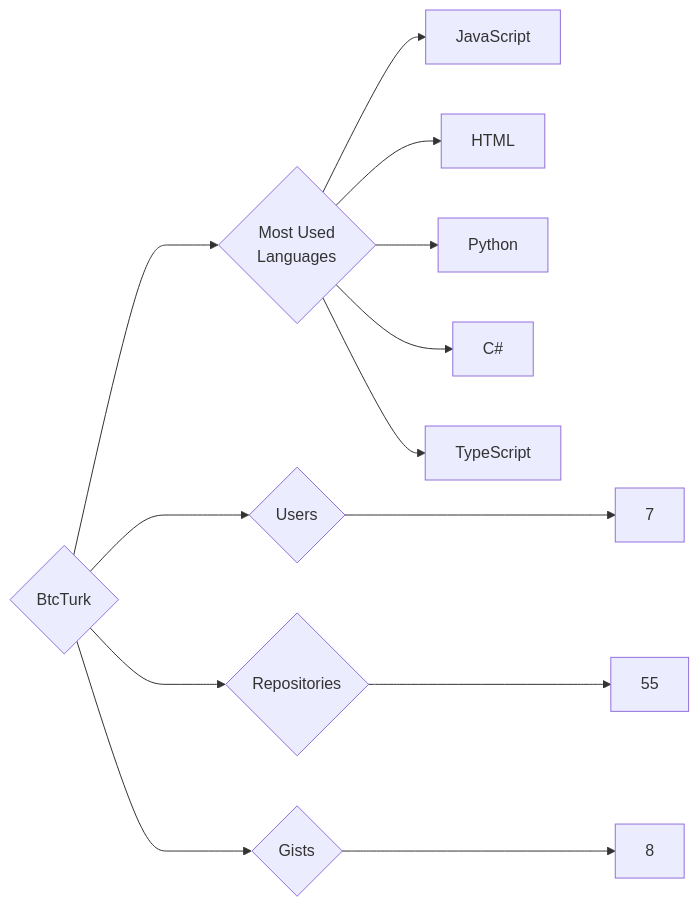
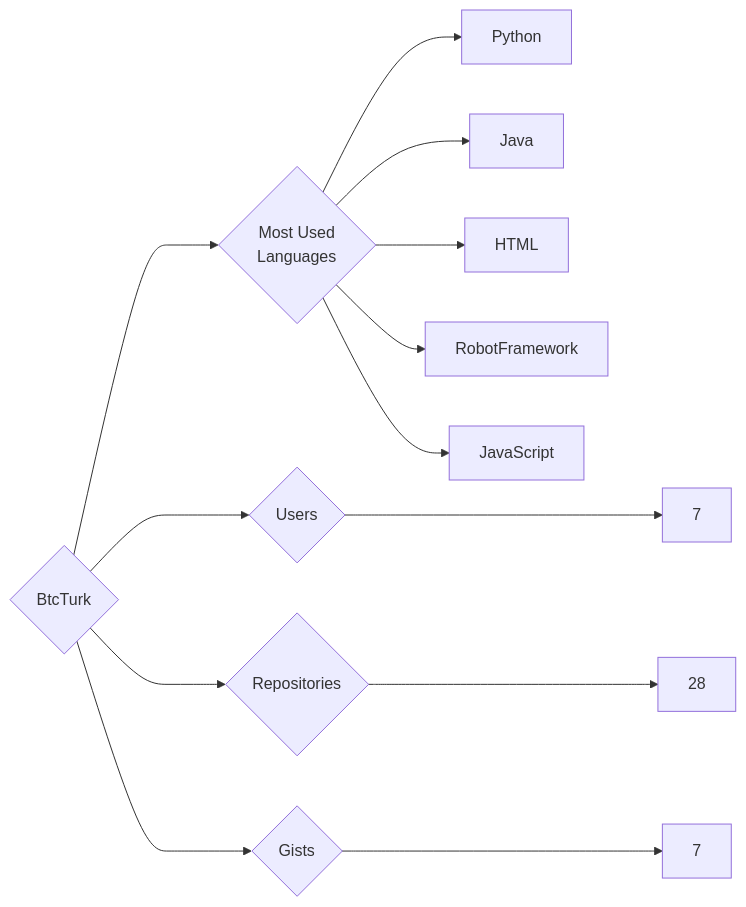
One commit to trickest/insiders changed the diagram in targets/BtcTurk/README.md. Above: the diagram before and after it, drawn with Mermaid. The commit also changed 998 other files, not shown here.

````diff
--- a/targets/BtcTurk/README.md
+++ b/targets/BtcTurk/README.md
@@ -3,13 +3,13 @@
 ```mermaid
 graph LR
 COMPANY_NAME{BtcTurk}
 COMPANY_NAME ---> U{Users} ---> UN[7]
-COMPANY_NAME ---> R{Repositories} ---> RN[55]
-COMPANY_NAME ---> G{Gists} ---> GN[8]
+COMPANY_NAME ---> R{Repositories} ---> RN[28]
+COMPANY_NAME ---> G{Gists} ---> GN[7]
 COMPANY_NAME ---> ML{Most Used<br>Languages}
+ML --> Python[Python]
+ML --> Java[Java]
+ML --> HTML[HTML]
+ML --> RobotFramework[RobotFramework]
 ML --> JavaScript[JavaScript]
-ML --> HTML[HTML]
-ML --> Python[Python]
-ML --> C#[C#]
-ML --> TypeScript[TypeScript]
 ```
````
